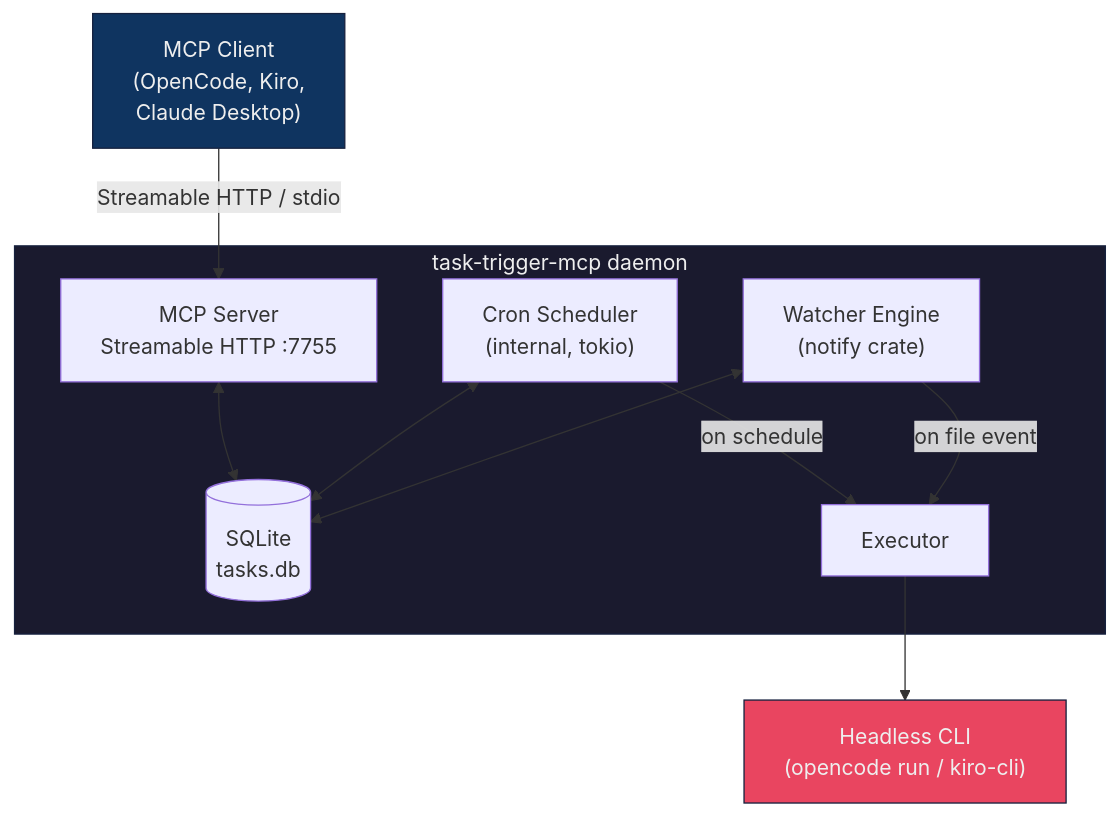
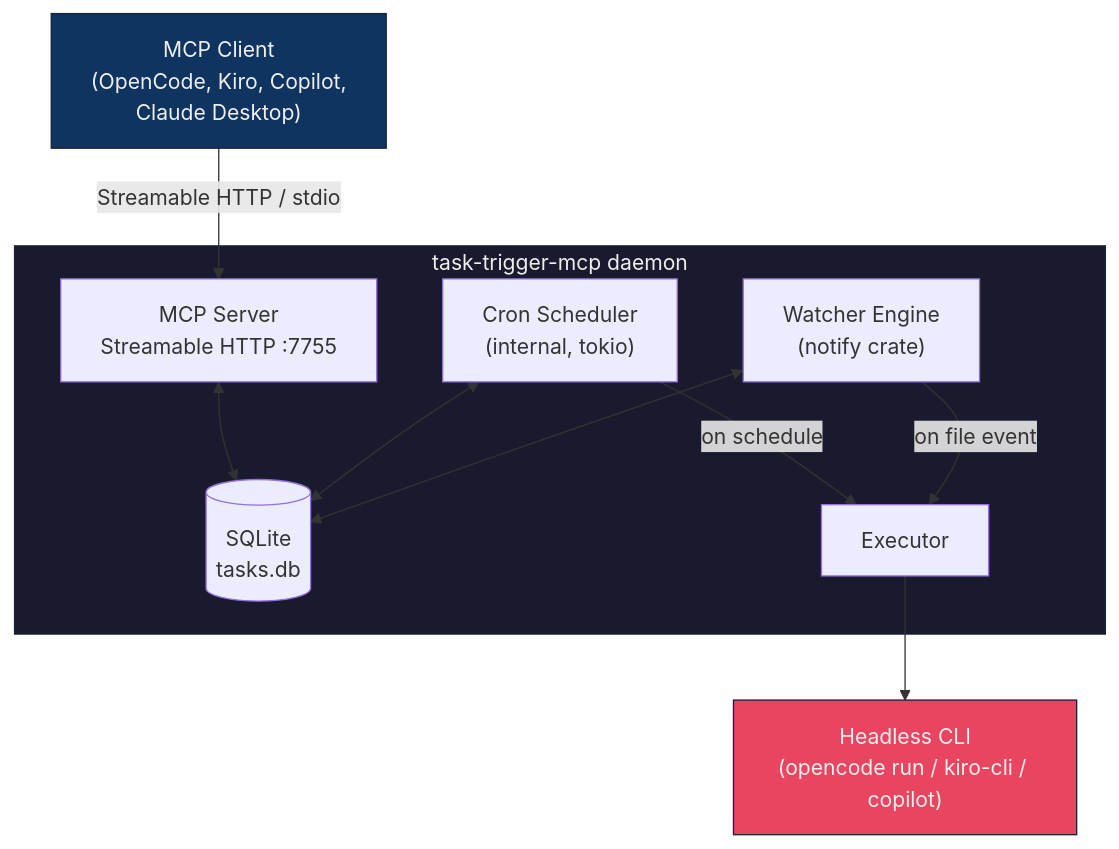
The diagram in README.md (JheisonMB/task-trigger-mcp), drawn with Mermaid before and after one commit. The commit also changed 9 other files, not shown here.

Commit message:
feat: add Copilot CLI support and refactor CLI selection with strategy pattern

````diff
--- a/README.md
+++ b/README.md
@@ -16,22 +16,22 @@
 ```mermaid
 graph TB
     subgraph daemon["task-trigger-mcp daemon"]
         MCP["MCP Server<br/>Streamable HTTP :7755"]
         SCHED["Cron Scheduler<br/>(internal, tokio)"]
         WE["Watcher Engine<br/>(notify crate)"]
         DB[(SQLite<br/>tasks.db)]
         MCP <--> DB
         SCHED <--> DB
         WE <--> DB
         SCHED -- "on schedule" --> EXEC
         WE -- "on file event" --> EXEC
         EXEC["Executor"]
     end
 
-    Agent["MCP Client<br/>(OpenCode, Kiro,<br/>Claude Desktop)"] -- "Streamable HTTP / stdio" --> MCP
-    EXEC --> CLI["Headless CLI<br/>(opencode run / kiro-cli)"]
+    Agent["MCP Client<br/>(OpenCode, Kiro, Copilot,<br/>Claude Desktop)"] -- "Streamable HTTP / stdio" --> MCP
+    EXEC --> CLI["Headless CLI<br/>(opencode run / kiro-cli / copilot)"]
 
     style daemon fill:#1a1a2e,stroke:#16213e,color:#eee
     style Agent fill:#0f3460,stroke:#16213e,color:#eee
     style CLI fill:#e94560,stroke:#16213e,color:#eee
 ```
````
